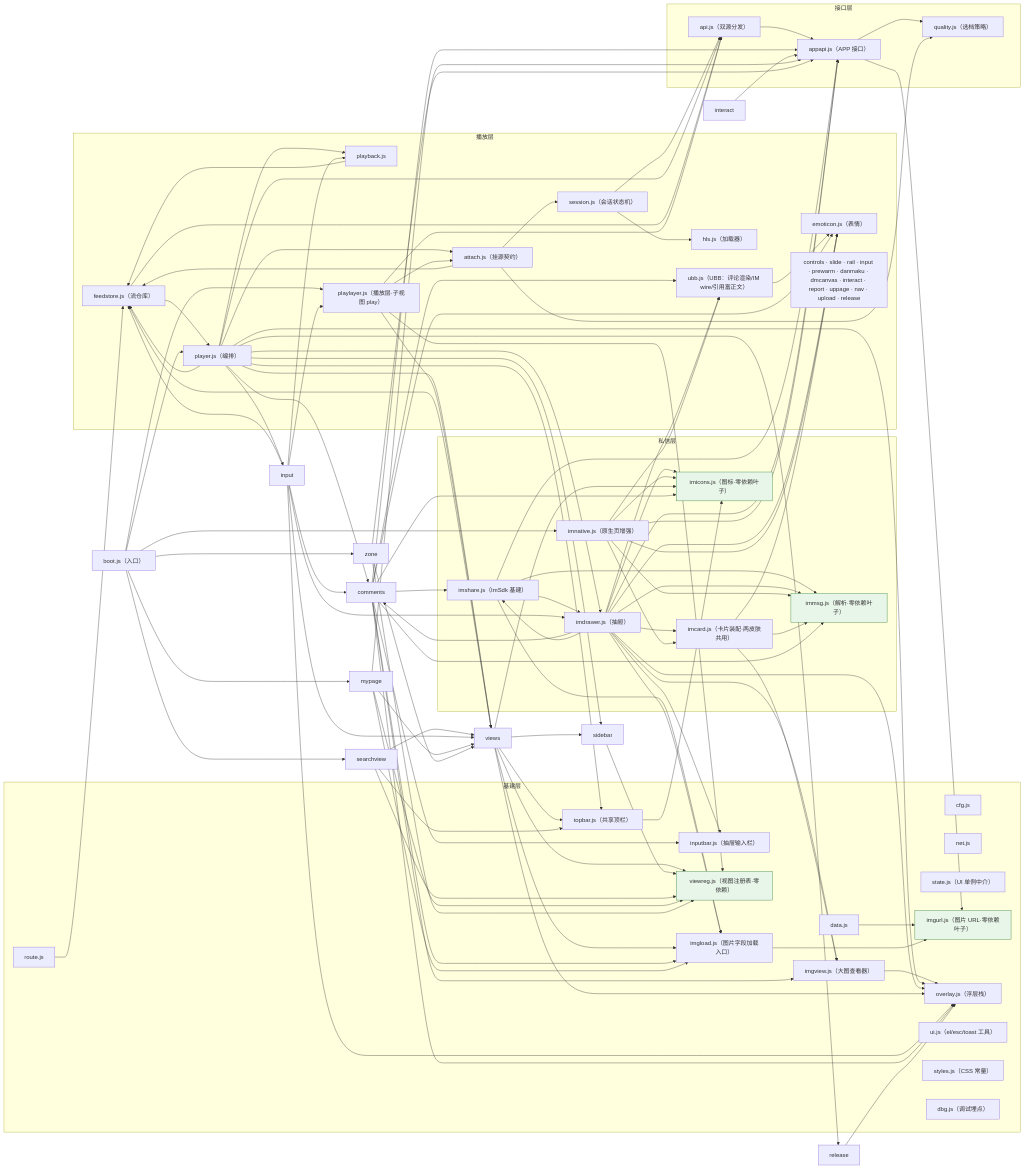
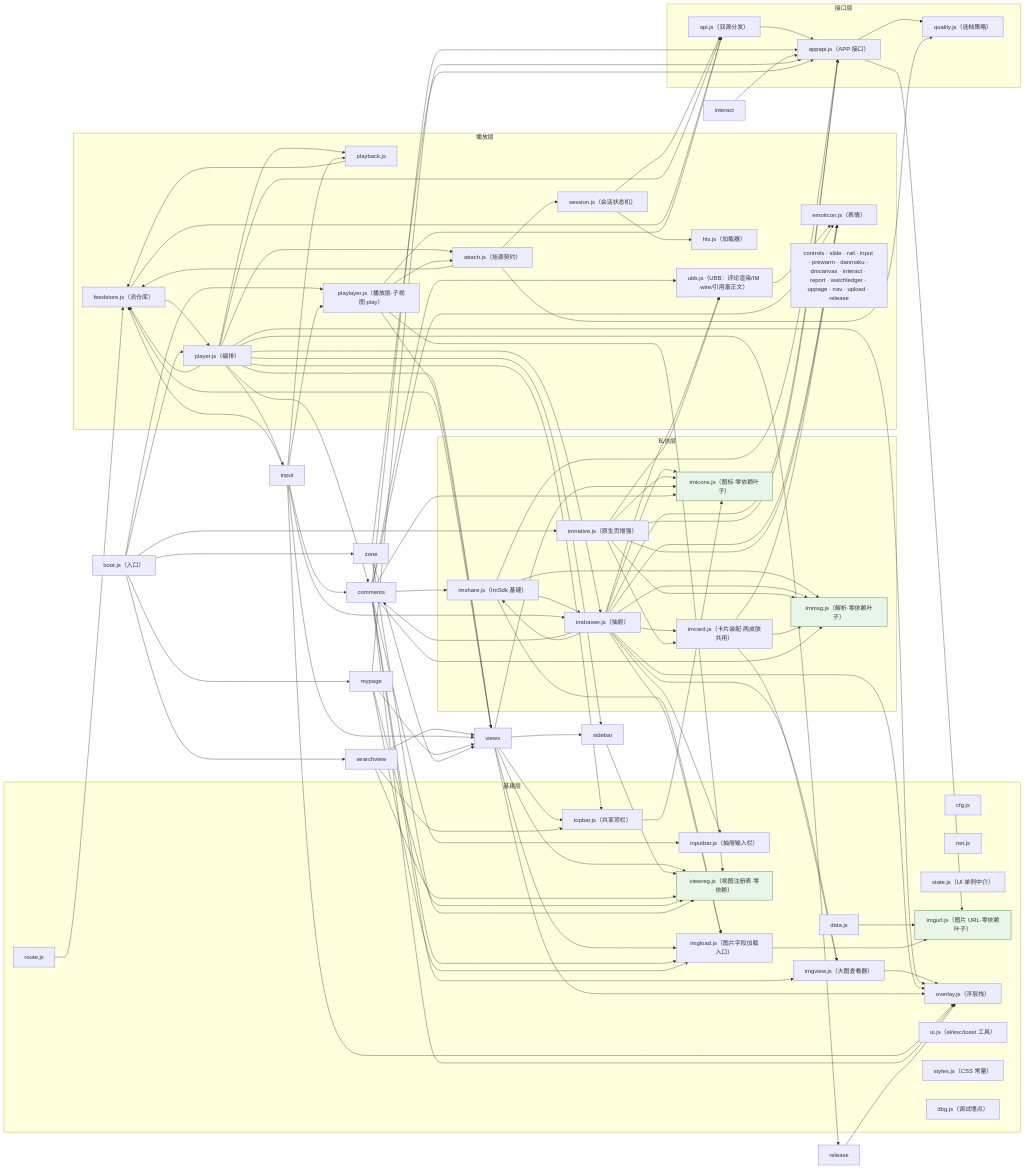
One commit to name-xxl/acfun-svfeed changed the diagram in README.md. Above: the diagram before and after it, drawn with Mermaid. The commit also changed other lines of this file and 14 other files, not shown here.

````diff
--- a/README.md
+++ b/README.md
@@ -314,82 +315,82 @@
 ```mermaid
 flowchart LR
   subgraph base["基建层"]
     cfg["cfg.js"]
     net["net.js"]
     data["data.js"]
     state["state.js（UI 单例中介）"]
     route["route.js"]
     imgview["imgview.js（大图查看器）"]
     inputbar["inputbar.js（抽屉输入栏）"]
     imgurl["imgurl.js（图片 URL·零依赖叶子）"]
     viewreg["viewreg.js（视图注册表·零依赖）"]
     imgload["imgload.js（图片字段加载入口）"]
     overlay["overlay.js（浮层栈）"]
     topbar["topbar.js（共享顶栏）"]
     ui["ui.js（el/esc/toast 工具）"]
     styles["styles.js（CSS 常量）"]
     dbg["dbg.js（调试埋点）"]
   end
 
   subgraph apilayer["接口层"]
     api["api.js（双源分发）"]
     appapi["appapi.js（APP 接口）"]
     quality["quality.js（选档策略）"]
   end
 
   subgraph play["播放层"]
     hls["hls.js（加载器）"]
     session["session.js（会话状态机）"]
     attach["attach.js（挂源契约）"]
     player["player.js（编排）"]
     feedstore["feedstore.js（流仓库）"]
     pb["playback.js"]
     ubb["ubb.js（UBB：评论渲染/IM wire/引用富正文）"]
     emoticon["emoticon.js（表情）"]
     playlayer["playlayer.js（播放层·子视图 play）"]
-    others["controls · slide · rail · input · prewarm · danmaku · dmcanvas · interact · report · uppage · nav · upload · release"]
+    others["controls · slide · rail · input · prewarm · danmaku · dmcanvas · interact · report · watchledger · uppage · nav · upload · release"]
   end
 
   subgraph im["私信层"]
     imshare["imshare.js（ImSdk 基建）"]
     imdrawer["imdrawer.js（抽屉）"]
     imnative["imnative.js（原生页增强）"]
     imcard["imcard.js（卡片装配·两皮肤共用）"]
     immsg["immsg.js（解析·零依赖叶子）"]
     imicons["imicons.js（图标·零依赖叶子）"]
   end
 
   boot["boot.js（入口）"]
   data --> imgurl
   route --> feedstore
   imgview --> overlay
   imgload --> imgurl
   topbar --> imicons
   api --> appapi
   appapi --> quality
   appapi --> imgurl
   session --> api & hls
   attach --> feedstore & quality & session
   player --> api & attach & comments & feedstore & imdrawer & input & overlay & pb & release & sidebar & topbar & views
   feedstore --> api & player
   pb --> feedstore
   ubb --> emoticon
   playlayer --> api & attach & viewreg & views
   imshare --> appapi & imdrawer & imgload & immsg
   imdrawer --> appapi & comments & emoticon & imcard & imgload & imgview & imicons & immsg & imshare & inputbar & overlay & ubb
   imnative --> appapi & emoticon & imcard & imicons & immsg & ubb
   imcard --> emoticon & imgview & immsg
   boot --> imnative & mypage & player & playlayer & searchview & zone
   views --> feedstore & imgload & imicons & overlay & sidebar & topbar & viewreg
   sidebar --> viewreg
   searchview --> topbar & viewreg & views
   input --> comments & feedstore & imdrawer & overlay & pb & playlayer & views
   comments --> appapi & emoticon & imgload & imgview & imicons & immsg & imshare & inputbar & overlay & ubb
   interact --> appapi
   release --> overlay
   mypage --> appapi & imgload & viewreg & views
   zone --> appapi & viewreg & views
 
   classDef leaf fill:#e8f5e9,stroke:#2e7d32;
   class immsg,imicons,imgurl,viewreg leaf;
 ```
````
